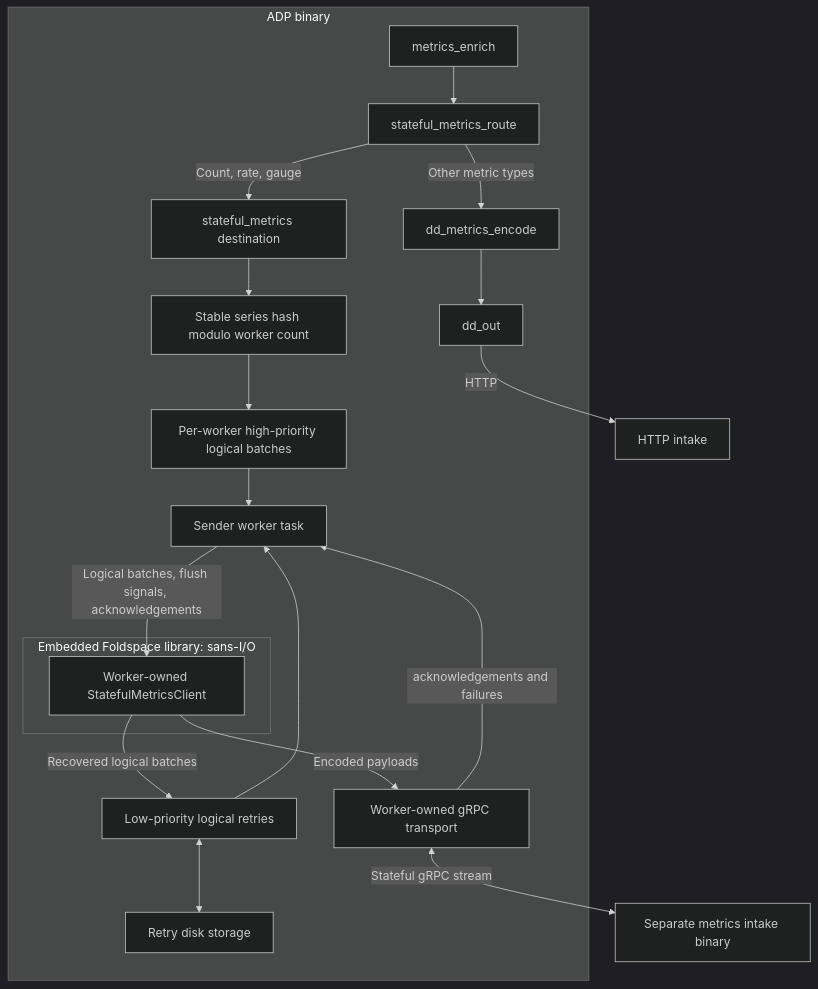
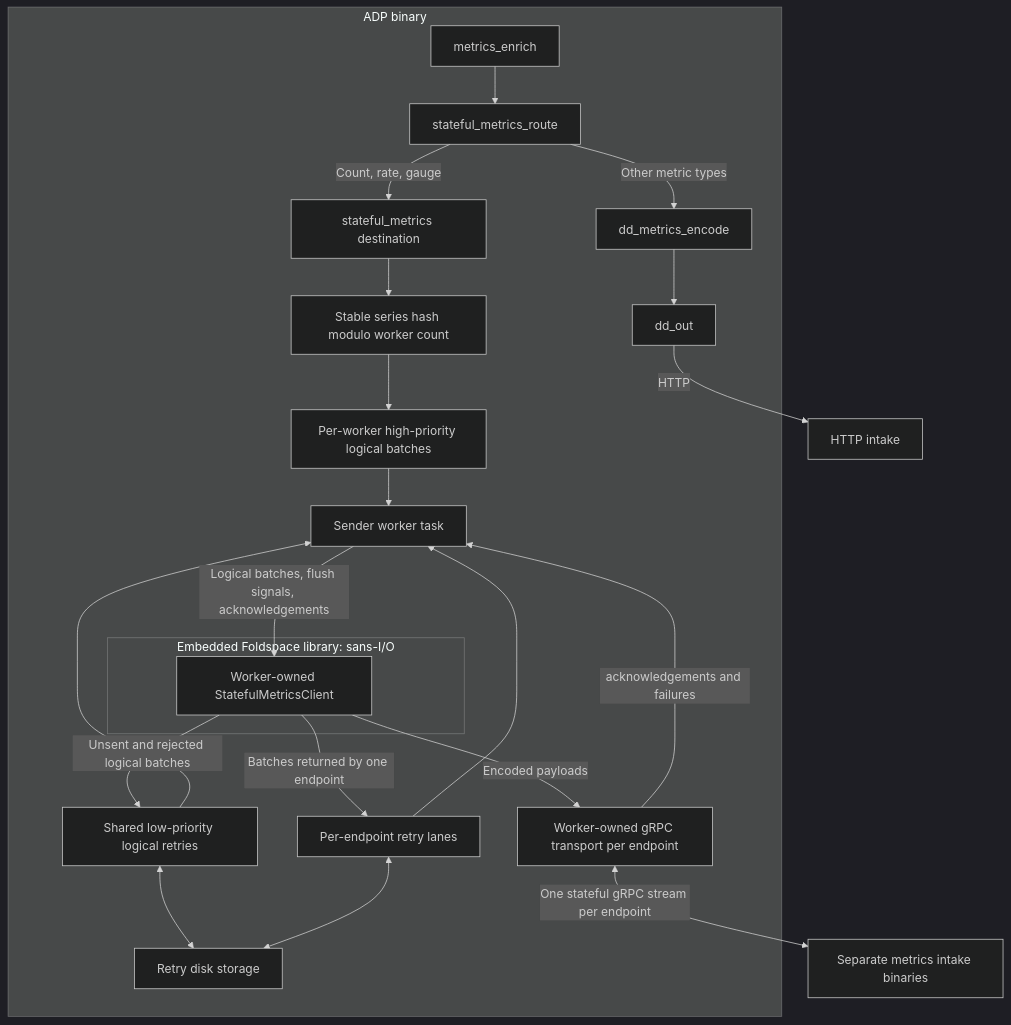
The diagram in docs/development/stateful-metrics.md (DataDog/saluki), drawn with Mermaid (dark theme) before and after one commit. The commit also changed other lines of this file and 14 other files, not shown here.

First line of the commit message:
feat(agent-data-plane): send stateful metrics to multiple endpoints

````diff
--- a/docs/development/stateful-metrics.md
+++ b/docs/development/stateful-metrics.md
@@ -11,23 +11,26 @@
 ```mermaid
 flowchart TB
     subgraph ADP[ADP binary]
         Enrich[metrics_enrich] --> Route[stateful_metrics_route]
         Route -->|Count, rate, gauge| Sender[stateful_metrics destination]
         Route -->|Other metric types| Encode[dd_metrics_encode]
         Encode --> Out[dd_out]
         Sender --> Shard[Stable series hash modulo worker count]
         Shard --> High[Per-worker high-priority logical batches]
         High --> Worker[Sender worker task]
-        Low[Low-priority logical retries] --> Worker
+        Low[Shared low-priority logical retries] --> Worker
+        Lanes[Per-endpoint retry lanes] --> Worker
         Low <--> Disk[Retry disk storage]
+        Lanes <--> Disk
         subgraph Foldspace[Embedded Foldspace library: sans-I/O]
             Core[Worker-owned StatefulMetricsClient]
         end
         Worker -->|Logical batches, flush signals, acknowledgements| Core
-        Core -->|Encoded payloads| Transport[Worker-owned gRPC transport]
+        Core -->|Encoded payloads| Transport[Worker-owned gRPC transport per endpoint]
         Transport -->|acknowledgements and failures| Worker
-        Core -->|Recovered logical batches| Low
+        Core -->|Unsent and rejected logical batches| Low
+        Core -->|Batches returned by one endpoint| Lanes
     end
-    Transport <-->|Stateful gRPC stream| Intake[Separate metrics intake binary]
+    Transport <-->|One stateful gRPC stream per endpoint| Intake[Separate metrics intake binaries]
     Out -->|HTTP| HTTP[HTTP intake]
 ```
````
